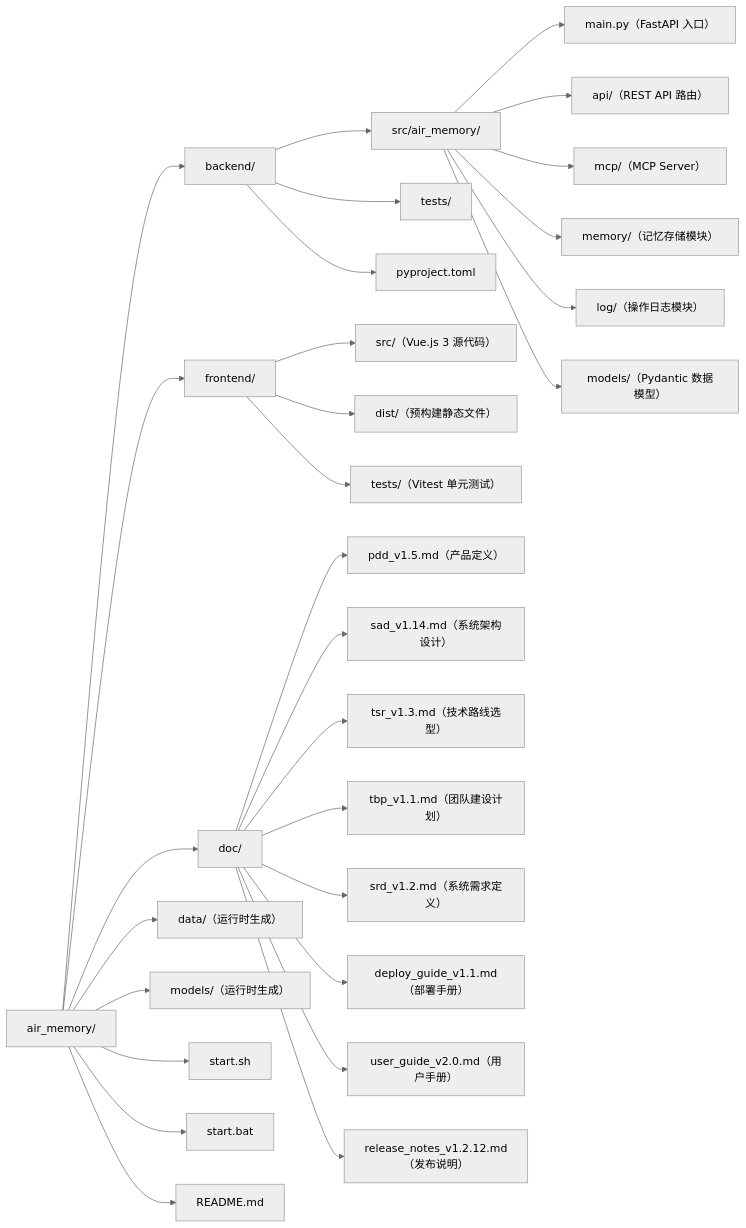
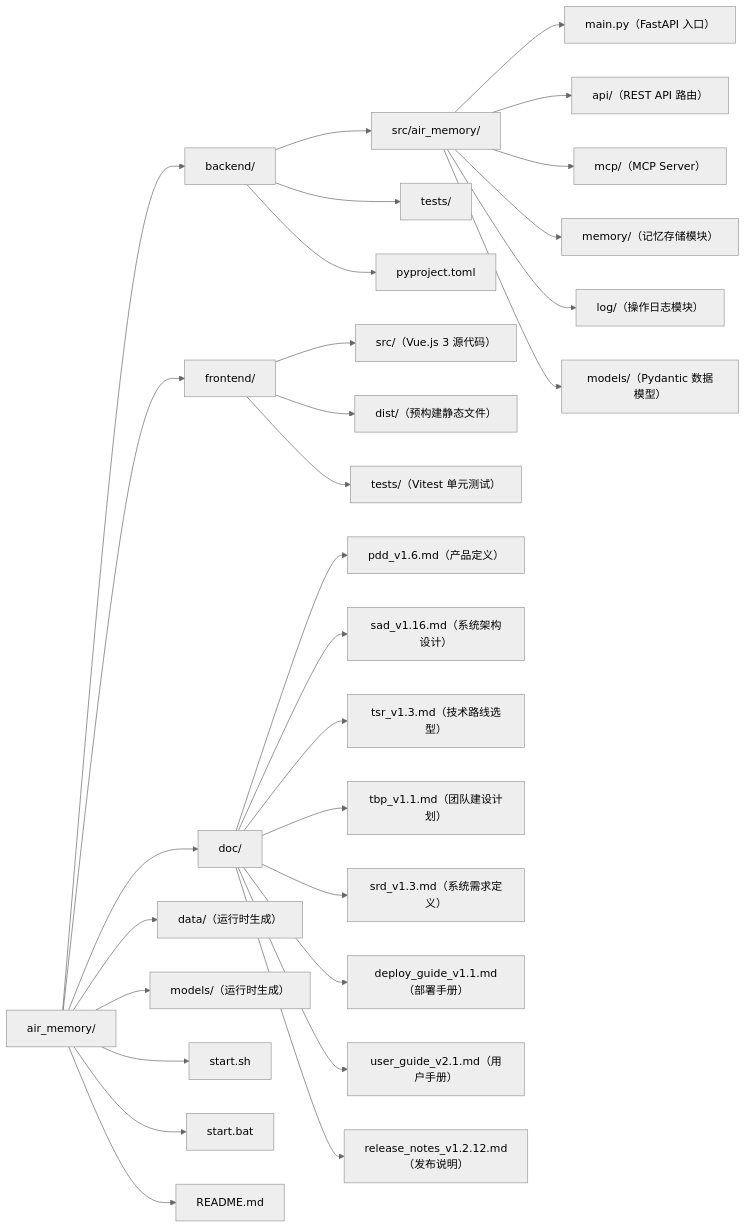
The diagram in README.md (SevenLv/air_memory), drawn with Mermaid (neutral theme) before and after one commit. The commit also changed other lines of this file and 4 other files, not shown here.

````diff
--- a/README.md
+++ b/README.md
@@ -50,37 +50,37 @@
 ```mermaid
 graph LR
     ROOT["air_memory/"]
 
     ROOT --> BACKEND["backend/"]
     ROOT --> FRONTEND["frontend/"]
     ROOT --> DOC["doc/"]
     ROOT --> DATA["data/（运行时生成）"]
     ROOT --> MODELS["models/（运行时生成）"]
     ROOT --> START_SH["start.sh"]
     ROOT --> START_BAT["start.bat"]
     ROOT --> README["README.md"]
 
     BACKEND --> BE_SRC["src/air_memory/"]
     BACKEND --> BE_TESTS["tests/"]
     BACKEND --> BE_PYPROJECT["pyproject.toml"]
 
     BE_SRC --> BE_MAIN["main.py（FastAPI 入口）"]
     BE_SRC --> BE_API["api/（REST API 路由）"]
     BE_SRC --> BE_MCP["mcp/（MCP Server）"]
     BE_SRC --> BE_MEM["memory/（记忆存储模块）"]
     BE_SRC --> BE_LOG["log/（操作日志模块）"]
     BE_SRC --> BE_MODELS["models/（Pydantic 数据模型）"]
 
     FRONTEND --> FE_SRC["src/（Vue.js 3 源代码）"]
     FRONTEND --> FE_DIST["dist/（预构建静态文件）"]
     FRONTEND --> FE_TESTS["tests/（Vitest 单元测试）"]
 
-    DOC --> D1["pdd_v1.5.md（产品定义）"]
-    DOC --> D2["sad_v1.14.md（系统架构设计）"]
+    DOC --> D1["pdd_v1.6.md（产品定义）"]
+    DOC --> D2["sad_v1.16.md（系统架构设计）"]
     DOC --> D3["tsr_v1.3.md（技术路线选型）"]
     DOC --> D4["tbp_v1.1.md（团队建设计划）"]
-    DOC --> D5["srd_v1.2.md（系统需求定义）"]
+    DOC --> D5["srd_v1.3.md（系统需求定义）"]
     DOC --> D6["deploy_guide_v1.1.md（部署手册）"]
-    DOC --> D7["user_guide_v2.0.md（用户手册）"]
+    DOC --> D7["user_guide_v2.1.md（用户手册）"]
     DOC --> D8["release_notes_v1.2.12.md（发布说明）"]
 ```
````
